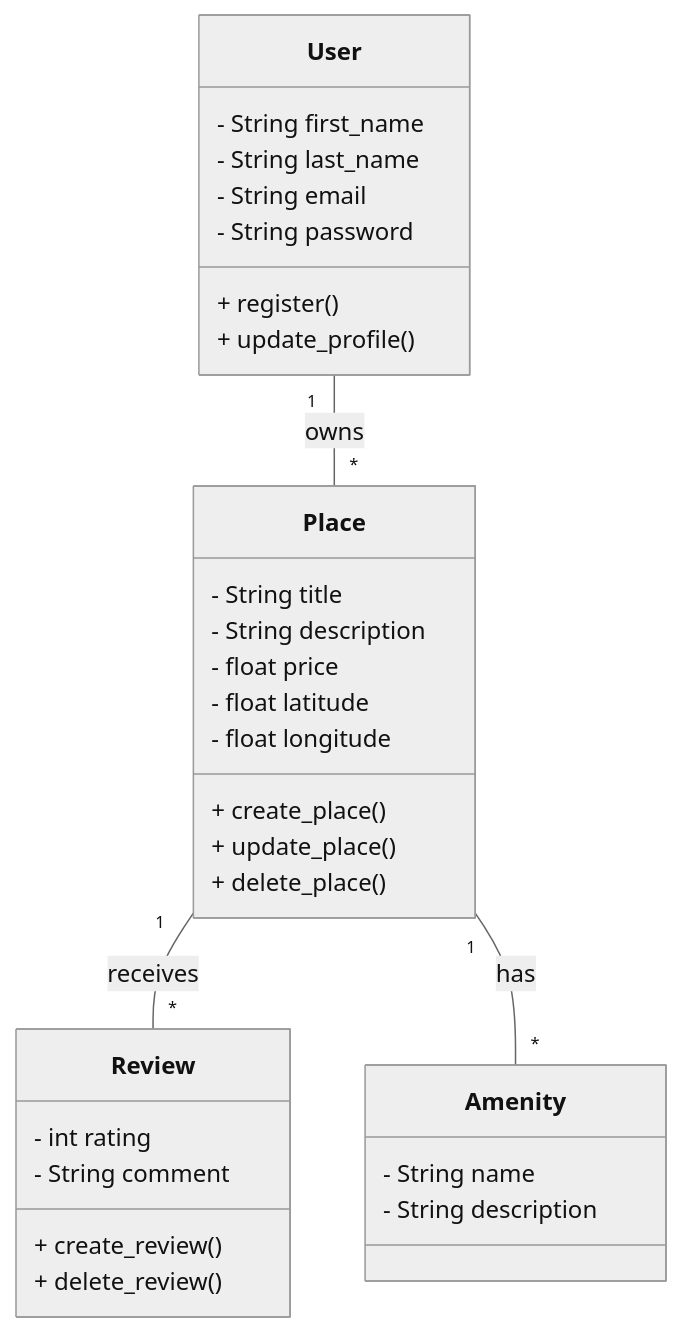
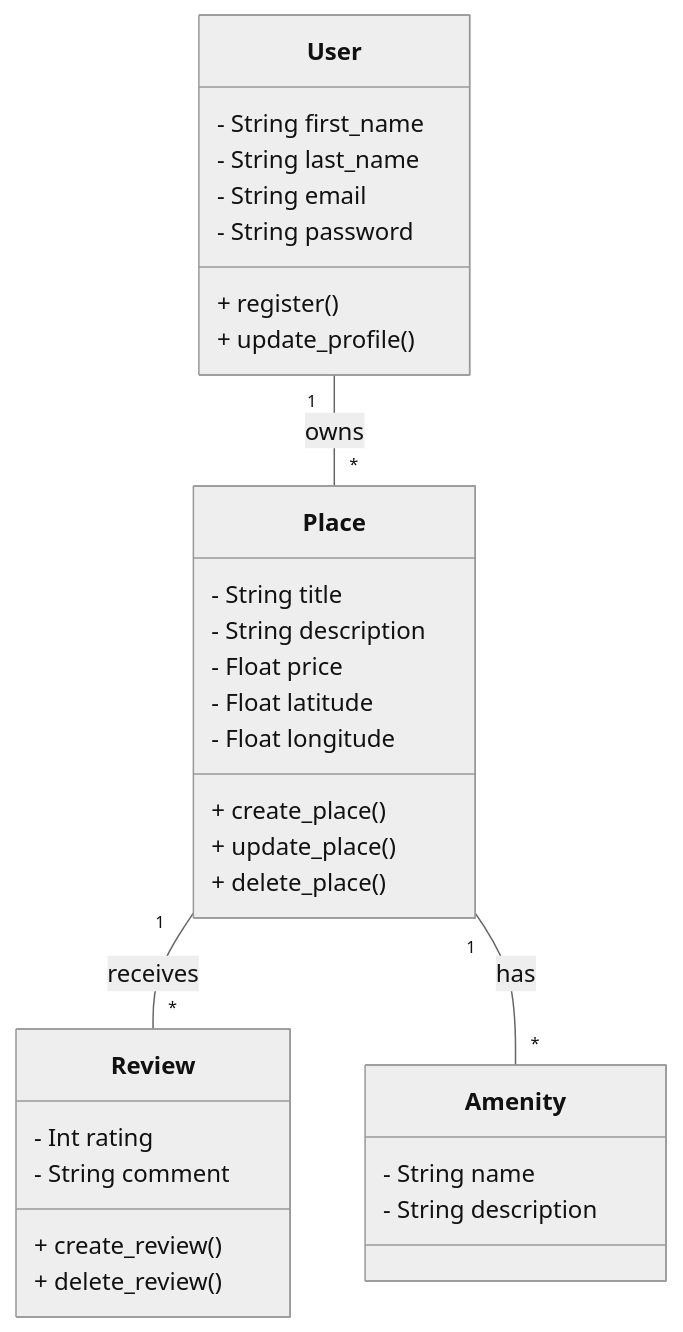
One commit to SDINAHET/HBnB changed the second of 7 diagrams in Part1_UML/README.md. Above: the diagram before and after it, drawn with Mermaid (neutral theme). The commit also changed other lines of this file and 25 other files, not shown here.

Commit message:
update pdf diagrams

````diff
--- a/Part1_UML/README.md
+++ b/Part1_UML/README.md
@@ -29,34 +29,34 @@
 ```mermaid
 classDiagram
 	class User {
-		 - String first_name
+		- String first_name
 		- String last_name
 		- String email
 		- String password
 		+ register()
 		+ update_profile()
 	}
 	class Place {
 		- String title
 		- String description
-		- float price
-		- float latitude
-		- float longitude
+		- Float price
+		- Float latitude
+		- Float longitude
 		+ create_place()
 		+ update_place()
 		+ delete_place()
 	}
 	class Review {
-		 - int rating
+		- Int rating
 		- String comment
 		+ create_review()
 		+ delete_review()
 	}
 	class Amenity {
 		- String name
 		- String description
 	}
 	User "1" -- "*" Place : owns
 	Place "1" -- "*" Review : receives
 	Place "1" -- "*" Amenity : has
 ```
````
